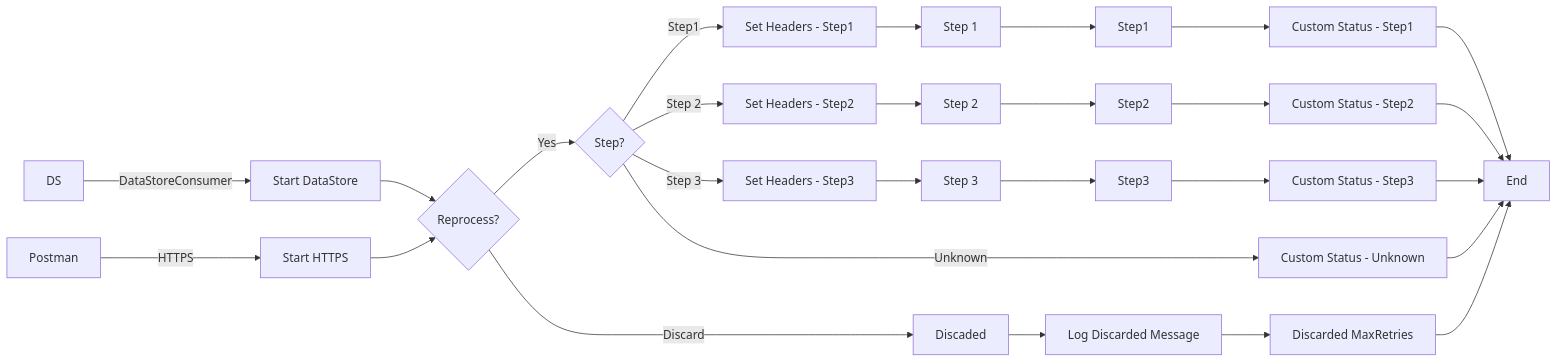
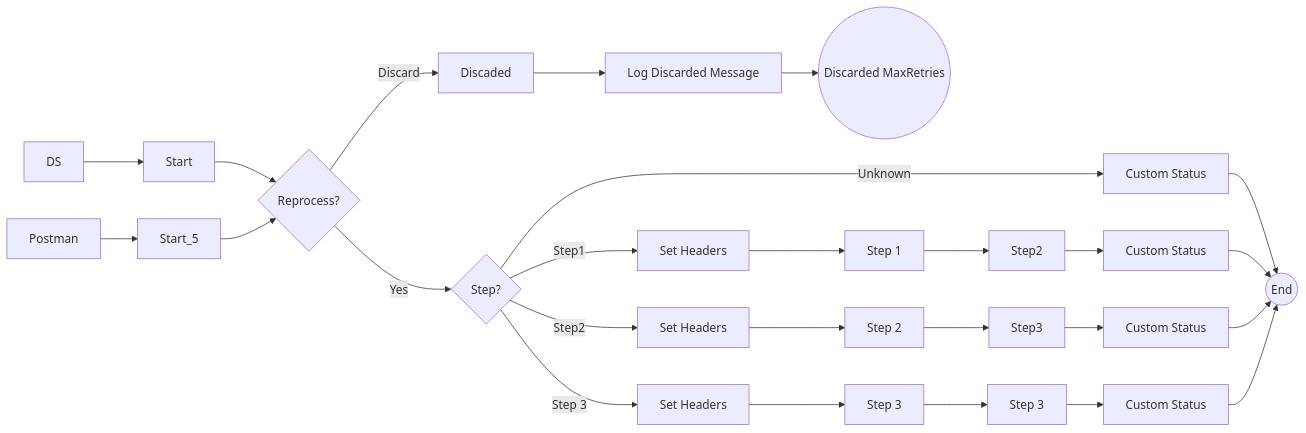
The diagram in MMZ - Cell Iflows/SEDA_Model_-_Single_DS_-_Restart_and_Discard_MMZ-1.0.0/readme.md (Avvale-IA-CICD/AvvaleCPI), drawn with Mermaid before and after one commit. The commit also changed other lines of this file, not shown here.

Commit message:
Add/update documentation for SEDA_Model_-_Single_DS_-_Restart_and_Discard_MMZ v1.0.0

````diff
--- a/MMZ - Cell Iflows/SEDA_Model_-_Single_DS_-_Restart_and_Discard_MMZ-1.0.0/readme.md
+++ b/MMZ - Cell Iflows/SEDA_Model_-_Single_DS_-_Restart_and_Discard_MMZ-1.0.0/readme.md
@@ -4,53 +4,34 @@
 ```mermaid
 graph LR
-    Postman[Postman]
-    DS[DS]
-    StartHTTPS[Start HTTPS]
-    StartDataStore[Start DataStore]
-    CheckRetries{Reprocess?}
-    Route{Step?}
-    Step1SetHeaders[Set Headers - Step1]
-    Step2SetHeaders[Set Headers - Step2]
-    Step3SetHeaders[Set Headers - Step3]
-    Step1Process[Step 1]
-    Step2Process[Step 2]
-    Step3Process[Step 3]
-    Step1DataStore[Step1]
-    Step2DataStore[Step2]
-    Step3DataStore[Step3]
-    Step1CustomStatus[Custom Status - Step1]
-    Step2CustomStatus[Custom Status - Step2]
-    Step3CustomStatus[Custom Status - Step3]
-    UnknownStep[Custom Status - Unknown]
-    DiscardMessage[Discaded]
-    LogDiscarded[Log Discarded Message]
-    EndDiscarded[Discarded MaxRetries]
-    End[End]
+    Postman --> HTTPS[Start_5]
+    DS --> DataStore[Start]
+    DataStore --> Reprocess{Reprocess?}
+    HTTPS --> Reprocess
 
-    Postman -- HTTPS --> StartHTTPS
-    DS -- DataStoreConsumer --> StartDataStore
-    StartDataStore --> CheckRetries
-    StartHTTPS --> CheckRetries
-    CheckRetries -- Yes --> Route
-    CheckRetries -- Discard --> DiscardMessage
-    DiscardMessage --> LogDiscarded
-    LogDiscarded --> EndDiscarded
-    Route -- Step1 --> Step1SetHeaders
-    Route -- Step 2 --> Step2SetHeaders
-    Route -- Step 3 --> Step3SetHeaders
-    Route -- Unknown --> UnknownStep
-    Step1SetHeaders --> Step1Process
-    Step2SetHeaders --> Step2Process
-    Step3SetHeaders --> Step3Process
-    Step1Process --> Step1DataStore
-    Step2Process --> Step2DataStore
-    Step3Process --> Step3DataStore
-    Step1DataStore --> Step1CustomStatus
-    Step2DataStore --> Step2CustomStatus
-    Step3DataStore --> Step3CustomStatus
-    Step1CustomStatus --> End
-    Step2CustomStatus --> End
-    Step3CustomStatus --> End
-    UnknownStep --> End
-    EndDiscarded --> End
+    Reprocess -- Yes --> StepDecision{Step?}
+    Reprocess -- Discard --> Discarded[Discaded]
+    Discarded --> LogDiscarded[Log Discarded Message]
+    LogDiscarded --> DiscardedMaxRetries((Discarded MaxRetries))
+
+    StepDecision -- Step1 --> SetHeaders1[Set Headers]
+    StepDecision -- Step2 --> SetHeaders2[Set Headers]
+    StepDecision -- Step 3 --> SetHeaders3[Set Headers]
+    StepDecision -- Unknown --> UnknownStep[Custom Status]
+    UnknownStep --> End((End))
+
+    SetHeaders1 --> Step1[Step 1]
+    SetHeaders2 --> Step2[Step 2]
+    SetHeaders3 --> Step3[Step 3]
+
+    Step1 --> Step2DB[Step2]
+    Step2DB --> CustomStatus1[Custom Status]
+    CustomStatus1 --> End
+
+    Step2 --> Step3DB[Step3]
+    Step3DB --> CustomStatus2[Custom Status]
+    CustomStatus2 --> End
+
+    Step3 --> Step3Call[Step 3]
+    Step3Call --> CustomStatus3[Custom Status]
+    CustomStatus3 --> End
 ```
````
